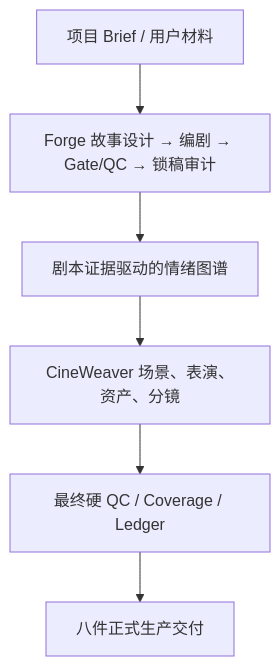
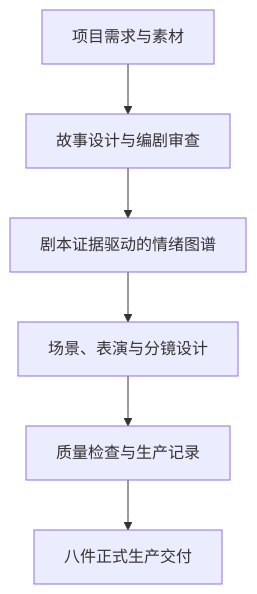
One commit to xinsen854/AI-Film-Director changed the second of 2 diagrams in README.zh-CN.md. Above: the diagram before and after it, drawn with Mermaid. The commit also changed other lines of this file and 9 other files, not shown here.

````diff
--- a/README.zh-CN.md
+++ b/README.zh-CN.md
@@ -51,14 +59,14 @@
 ```mermaid
 flowchart TD
-    A["项目 Brief / 用户材料"]
-    B["Forge 故事设计 → 编剧 → Gate/QC → 锁稿审计"]
+    A["项目需求与素材"]
+    B["故事设计与编剧审查"]
     C["剧本证据驱动的情绪图谱"]
-    D["CineWeaver 场景、表演、资产、分镜"]
-    E["最终硬 QC / Coverage / Ledger"]
+    D["场景、表演与分镜设计"]
+    E["质量检查与生产记录"]
     F["八件正式生产交付"]
     A --> B
     B --> C
     C --> D
     D --> E
     E --> F
 ```
````
